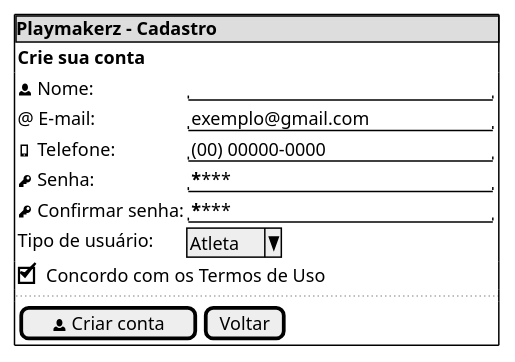
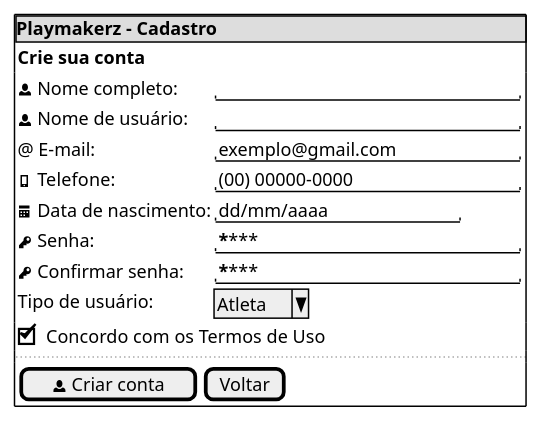
One commit to Projetos-de-Extensao/PECDII_26.2_8001_IV changed the second of 3 diagrams in docs/Iniciacao/prototipo_baixa_fidelidade.md. Above: the diagram before and after it, drawn with PlantUML. The commit also changed other lines of this file, not shown here.

````diff
--- a/docs/Iniciacao/prototipo_baixa_fidelidade.md
+++ b/docs/Iniciacao/prototipo_baixa_fidelidade.md
@@ -46,30 +46,33 @@
 ```plantuml
 @startsalt
 
 {+
     {* <b>Playmakerz - Cadastro}
 
     {
         <b>Crie sua conta
     }
 
     {
-        <&person> Nome: | "                         "
+        <&person> Nome completo: | "                         "
+        <&person> Nome de usuário: | "                         "
         @ E-mail: | "exemplo@gmail.com        "
         <&phone> Telefone: | "(00) 00000-0000          "
+        <&calendar> Data de nascimento: | "dd/mm/aaaa          "
         <&key> Senha: | "********                 "
         <&key> Confirmar senha: | "********                 "
         Tipo de usuário: | ^Atleta^
     }
 
     [X] Concordo com os Termos de Uso
 
     ..
 
     {
         [<&person> Criar conta] | [Voltar]
     }
 }
 
 @endsalt
+
 ```
````
